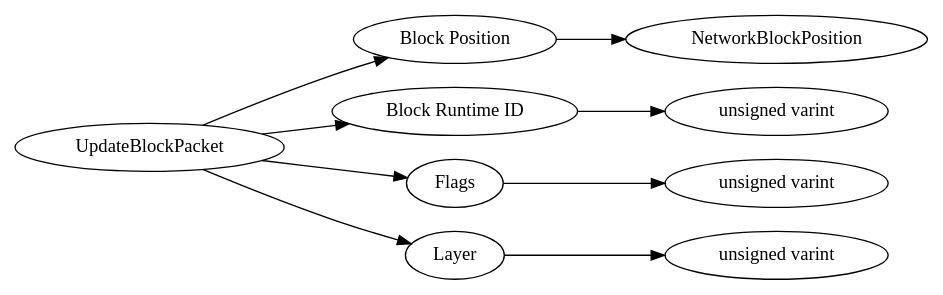
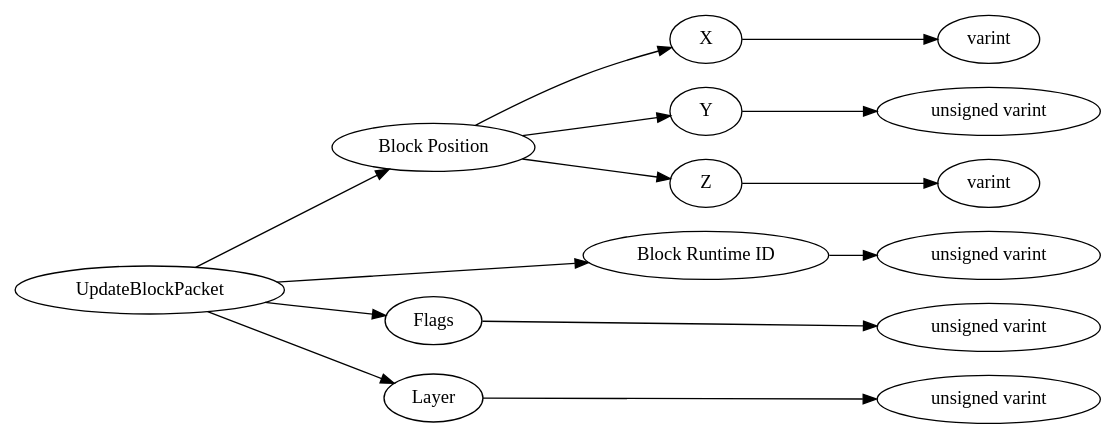
The diagram in dot/UpdateBlockPacket.dot (Mojang/bedrock-protocol-docs), drawn with Graphviz before and after one commit. The commit also changed 785 other files, not shown here.

```diff
--- a/dot/UpdateBlockPacket.dot
+++ b/dot/UpdateBlockPacket.dot
@@ -1,24 +1,34 @@
 digraph "UpdateBlockPacket" {
 rankdir = LR
 0
 0 -> 1
 1 -> 2
-0 -> 3
-3 -> 4
-0 -> 5
-5 -> 6
-0 -> 7
-7 -> 8
+2 -> 3
+1 -> 4
+4 -> 5
+1 -> 6
+6 -> 7
+0 -> 8
+8 -> 9
+0 -> 10
+10 -> 11
+0 -> 12
+12 -> 13
 
-0 [label="UpdateBlockPacket",comment="name: \"UpdateBlockPacket\", typeName: \"\", id: 0, branchId: 21, recurseId: -1, attributes: 0, notes: \"\""];
-1 [label="Block Position",comment="name: \"Block Position\", typeName: \"NetworkBlockPosition\", id: 1, branchId: 0, recurseId: -1, attributes: 256, notes: \"\""];
-2 [label="NetworkBlockPosition",comment="name: \"NetworkBlockPosition\", typeName: \"\", id: 2, branchId: 0, recurseId: -1, attributes: 512, notes: \"\""];
-3 [label="Block Runtime ID",comment="name: \"Block Runtime ID\", typeName: \"\", id: 3, branchId: 0, recurseId: -1, attributes: 0, notes: \"\""];
-4 [label="unsigned varint",comment="name: \"unsigned varint\", typeName: \"\", id: 4, branchId: 0, recurseId: -1, attributes: 512, notes: \"\""];
-5 [label="Flags",comment="name: \"Flags\", typeName: \"\", id: 5, branchId: 0, recurseId: -1, attributes: 0, notes: \"\""];
-6 [label="unsigned varint",comment="name: \"unsigned varint\", typeName: \"\", id: 6, branchId: 0, recurseId: -1, attributes: 512, notes: \"\""];
-7 [label="Layer",comment="name: \"Layer\", typeName: \"\", id: 7, branchId: 0, recurseId: -1, attributes: 0, notes: \"\""];
-8 [label="unsigned varint",comment="name: \"unsigned varint\", typeName: \"\", id: 8, branchId: 0, recurseId: -1, attributes: 512, notes: \"\""];
-{ rank = max;2;4;6;8}
+0 [label="UpdateBlockPacket",comment="name: \"UpdateBlockPacket\", typeName: \"\", id: 0, branchId: 0, recurseId: -1, attributes: 0, notes: \"Occasional packets sent from server when blocks update or are ticked. (For example, when digging.)\""];
+1 [label="Block Position",comment="name: \"Block Position\", typeName: \"\", id: 1, branchId: 0, recurseId: -1, attributes: 0, notes: \"\""];
+2 [label="X",comment="name: \"X\", typeName: \"\", id: 2, branchId: 0, recurseId: -1, attributes: 0, notes: \"\""];
+3 [label="varint",comment="name: \"varint\", typeName: \"\", id: 3, branchId: 0, recurseId: -1, attributes: 512, notes: \"\""];
+4 [label="Y",comment="name: \"Y\", typeName: \"\", id: 4, branchId: 0, recurseId: -1, attributes: 0, notes: \"\""];
+5 [label="unsigned varint",comment="name: \"unsigned varint\", typeName: \"\", id: 5, branchId: 0, recurseId: -1, attributes: 512, notes: \"\""];
+6 [label="Z",comment="name: \"Z\", typeName: \"\", id: 6, branchId: 0, recurseId: -1, attributes: 0, notes: \"\""];
+7 [label="varint",comment="name: \"varint\", typeName: \"\", id: 7, branchId: 0, recurseId: -1, attributes: 512, notes: \"\""];
+8 [label="Block Runtime ID",comment="name: \"Block Runtime ID\", typeName: \"\", id: 8, branchId: 0, recurseId: -1, attributes: 0, notes: \"\""];
+9 [label="unsigned varint",comment="name: \"unsigned varint\", typeName: \"\", id: 9, branchId: 0, recurseId: -1, attributes: 512, notes: \"\""];
+10 [label="Flags",comment="name: \"Flags\", typeName: \"\", id: 10, branchId: 0, recurseId: -1, attributes: 0, notes: \"\""];
+11 [label="unsigned varint",comment="name: \"unsigned varint\", typeName: \"\", id: 11, branchId: 0, recurseId: -1, attributes: 512, notes: \"\""];
+12 [label="Layer",comment="name: \"Layer\", typeName: \"\", id: 12, branchId: 0, recurseId: -1, attributes: 0, notes: \"\""];
+13 [label="unsigned varint",comment="name: \"unsigned varint\", typeName: \"\", id: 13, branchId: 0, recurseId: -1, attributes: 512, notes: \"\""];
+{ rank = max;3;5;7;9;11;13}
 
 }
```
